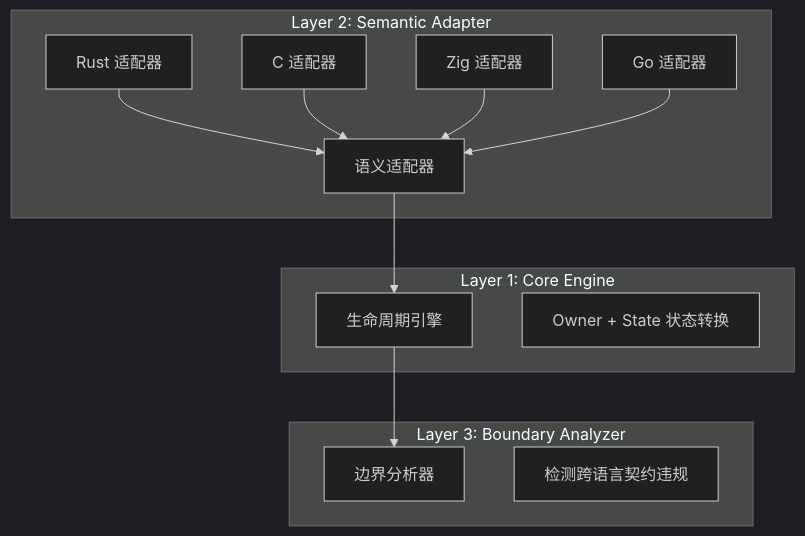
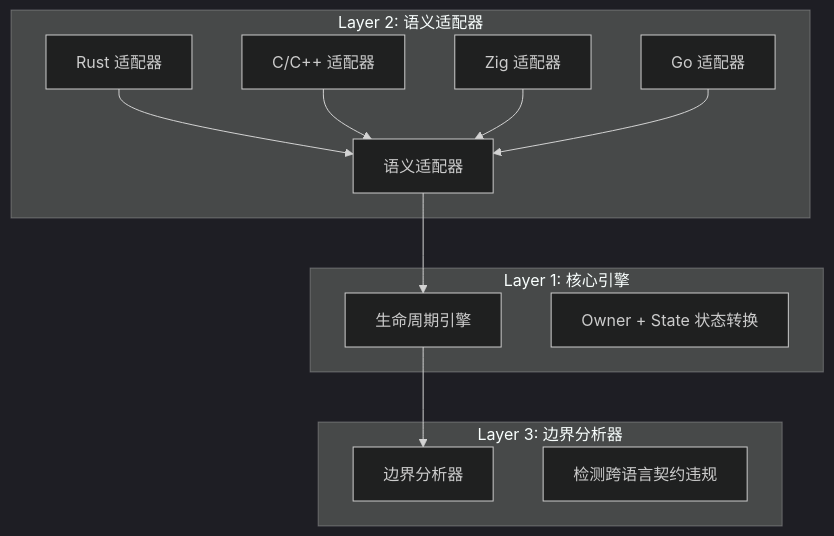
One commit to Timwood0x10/OmniScope changed the first of 2 diagrams in README_zh.md. Above: the diagram before and after it, drawn with Mermaid (dark theme). The commit also changed other lines of this file and 5 other files, not shown here.

````diff
--- a/README_zh.md
+++ b/README_zh.md
@@ -20,24 +40,24 @@
 ```mermaid
 graph TB
-    subgraph L3["Layer 3: Boundary Analyzer"]
+    subgraph L3["Layer 3: 边界分析器"]
         BA["边界分析器"]
         BA_desc["检测跨语言契约违规"]
     end
 
-    subgraph L2["Layer 2: Semantic Adapter"]
+    subgraph L2["Layer 2: 语义适配器"]
         SA["语义适配器"]
         RA["Rust 适配器"]
-        CA["C 适配器"]
+        CA["C/C++ 适配器"]
         ZA["Zig 适配器"]
         GA["Go 适配器"]
     end
 
-    subgraph L1["Layer 1: Core Engine"]
+    subgraph L1["Layer 1: 核心引擎"]
         CE["生命周期引擎"]
         CE_desc["Owner + State 状态转换"]
     end
 
     RA & CA & ZA & GA --> SA
     SA --> CE
     CE --> BA
 ```
````
